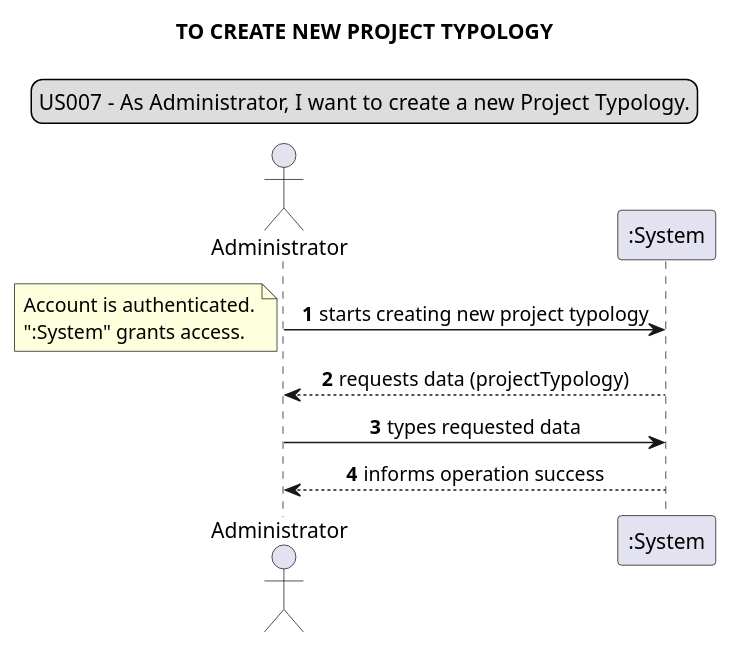
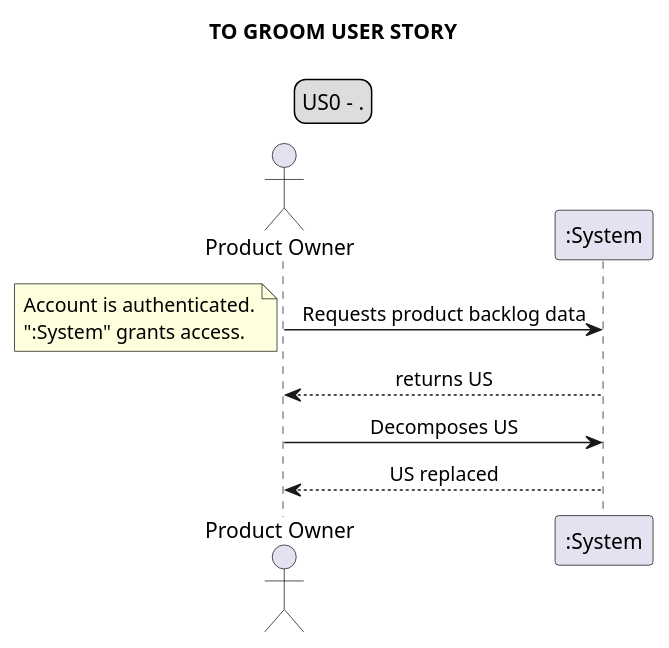
The seventh of 23 diagrams in docs/requirements_gathering/system_sequence_diagrams/systemSequenceDiagram.puml (Loracline/project_switch_22-23), drawn with PlantUML before and after one commit. The commit also changed other lines of this file and 23 other files, not shown here.

```diff
--- a/docs/requirements_gathering/system_sequence_diagrams/systemSequenceDiagram.puml
+++ b/docs/requirements_gathering/system_sequence_diagrams/systemSequenceDiagram.puml
@@ -112,17 +99,16 @@
 @startuml
 legend top
-US007 - As Administrator, I want to create a new Project Typology.
+US0 - .
 end legend
 skinparam sequenceMessageAlign center
-title TO CREATE NEW PROJECT TYPOLOGY
-actor Administrator
-autonumber
-Administrator -> ":System": starts creating new project typology
+title TO GROOM USER STORY
+actor "Product Owner" as PO
+"PO" -> ":System": Requests product backlog data
 note left
 Account is authenticated.
 ":System" grants access.
 end note
-":System" --> "Administrator": requests data (projectTypology)
-Administrator -> ":System": types requested data
-Administrator <-- ":System": informs operation success
+PO <-- ":System": returns US
+PO -> ":System": Decomposes US
+PO <-- ":System": US replaced
 @enduml
```
